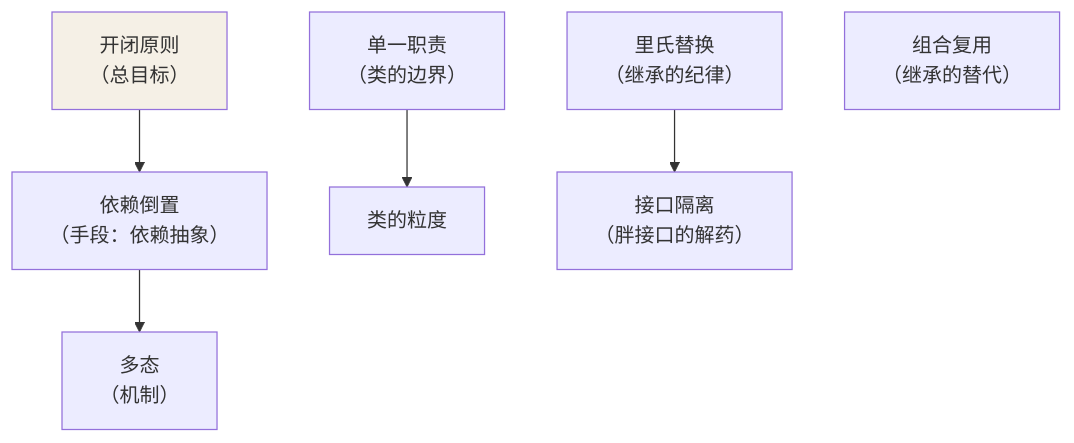
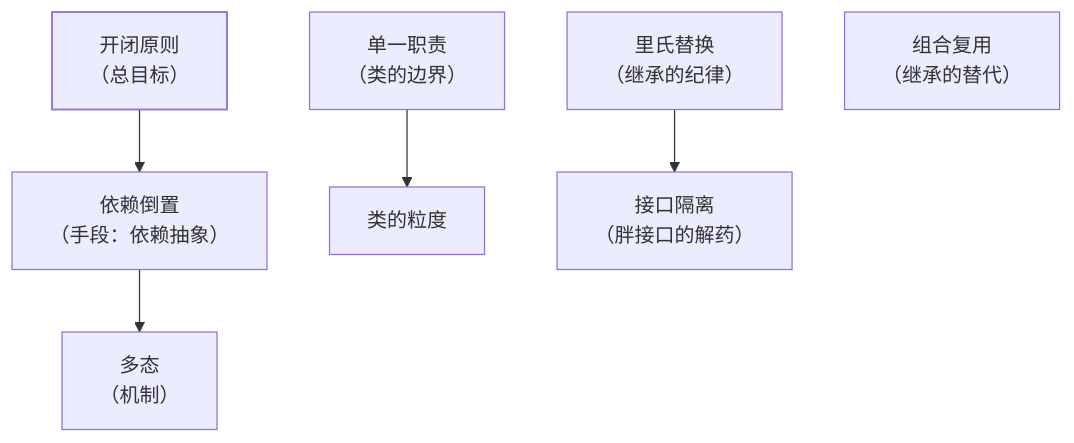
One commit to Loadhao/ascension changed the second of 2 diagrams in src/content/docs/java/intermediate/design-pattern/01-principles.md. Above: the diagram before and after it, drawn with Mermaid. The commit also changed other lines of this file and 87 other files, not shown here.

First line of the commit message:
fix: 全站图表配色改由主题接管，修复暗色主题下浅底浅字看不清

````diff
--- a/src/content/docs/java/intermediate/design-pattern/01-principles.md
+++ b/src/content/docs/java/intermediate/design-pattern/01-principles.md
@@ -123,10 +124,11 @@
 ```mermaid
 flowchart TB
     OCP["开闭原则<br/>（总目标）"] --> DIP["依赖倒置<br/>（手段：依赖抽象）"]
     DIP --> POLY["多态<br/>（机制）"]
     SRP["单一职责<br/>（类的边界）"] --> SIZE["类的粒度"]
     LSP["里氏替换<br/>（继承的纪律）"] --> ISP["接口隔离<br/>（胖接口的解药）"]
     CARP["组合复用<br/>（继承的替代）"]
 
-    style OCP fill:#f5f0e6
+    class OCP hl
+    classDef hl stroke-width:1.5px
 ```
````
